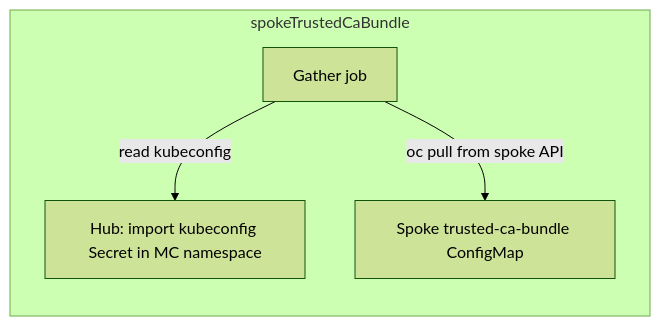
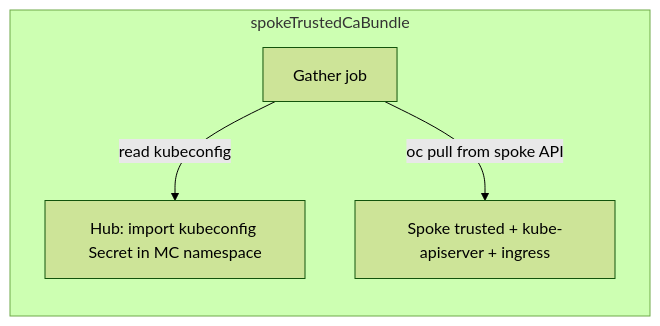
One commit to mhjacks/vp-manage-proxy-cluster-ca-chart changed the third of 6 diagrams in README.md. Above: the diagram before and after it, drawn with Mermaid (forest theme). The commit also changed other lines of this file and 5 other files, not shown here.

````diff
--- a/README.md
+++ b/README.md
@@ -84,10 +86,10 @@
 ```mermaid
 flowchart LR
   subgraph stb["spokeTrustedCaBundle"]
     IMP["Hub: import kubeconfig Secret in MC namespace"]
     STB_JOB["Gather job"]
-    STB_API["Spoke trusted-ca-bundle ConfigMap"]
+    STB_API["Spoke trusted + kube-apiserver + ingress"]
     STB_JOB -->|"read kubeconfig"| IMP
     STB_JOB -->|"oc pull from spoke API"| STB_API
   end
 ```
````
